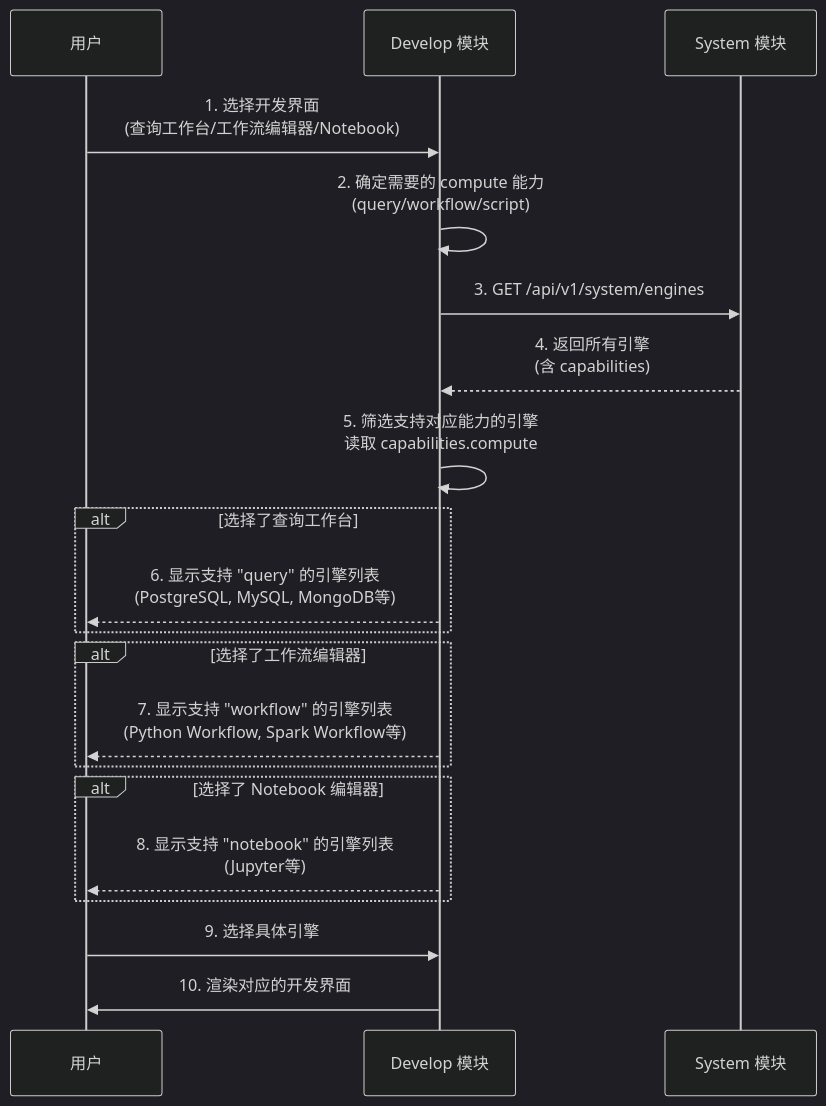
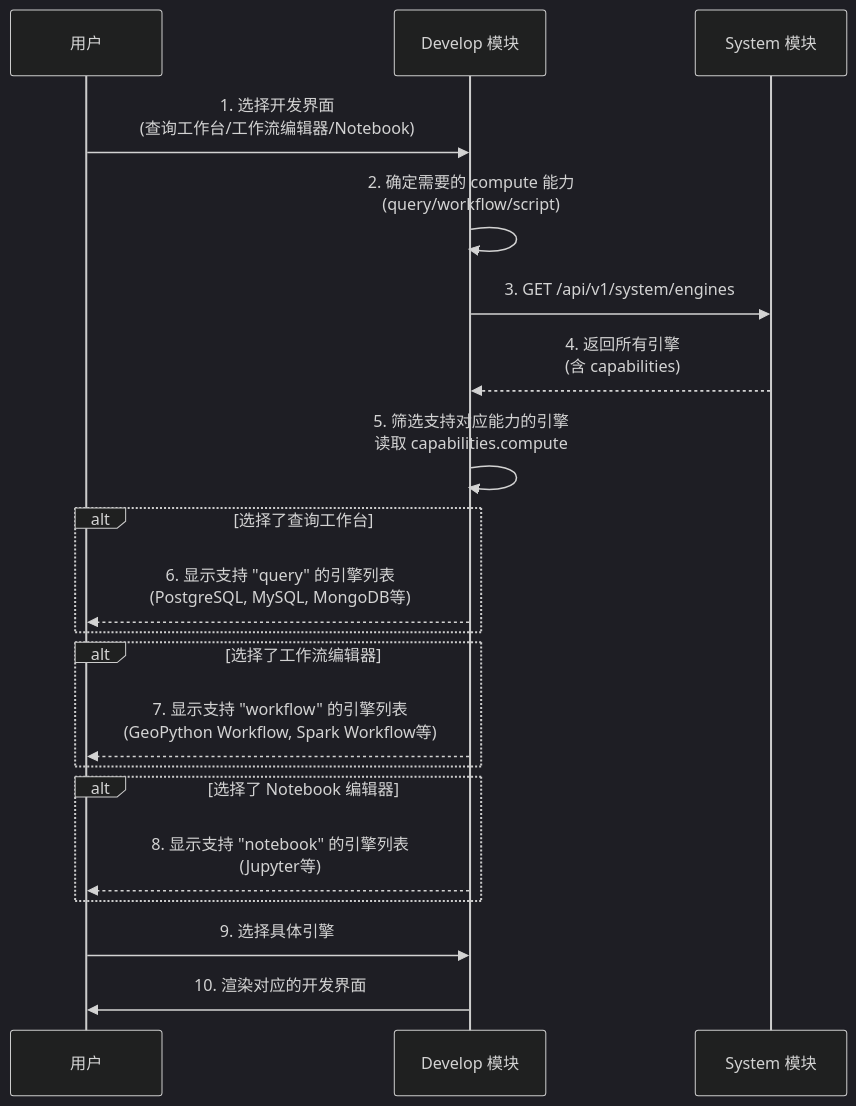
The fifth of 5 diagrams in docs/concepts/addp数据开发体系图.md (pampa0629/addp), drawn with Mermaid (dark theme) before and after one commit. The commit also changed other lines of this file and 175 other files, not shown here.

````diff
--- a/docs/concepts/addp数据开发体系图.md
+++ b/docs/concepts/addp数据开发体系图.md
@@ -284,27 +284,27 @@
 ```mermaid
 sequenceDiagram
     participant User as 用户
     participant Develop as Develop 模块
     participant System as System 模块
 
     User->>Develop: 1. 选择开发界面<br/>(查询工作台/工作流编辑器/Notebook)
     Develop->>Develop: 2. 确定需要的 compute 能力<br/>(query/workflow/script)
     Develop->>System: 3. GET /api/v1/system/engines
     System-->>Develop: 4. 返回所有引擎<br/>(含 capabilities)
     Develop->>Develop: 5. 筛选支持对应能力的引擎<br/>读取 capabilities.compute
 
     alt 选择了查询工作台
         Develop-->>User: 6. 显示支持 "query" 的引擎列表<br/>(PostgreSQL, MySQL, MongoDB等)
     end
 
     alt 选择了工作流编辑器
-        Develop-->>User: 7. 显示支持 "workflow" 的引擎列表<br/>(Python Workflow, Spark Workflow等)
+        Develop-->>User: 7. 显示支持 "workflow" 的引擎列表<br/>(GeoPython Workflow, Spark Workflow等)
     end
 
     alt 选择了 Notebook 编辑器
         Develop-->>User: 8. 显示支持 "notebook" 的引擎列表<br/>(Jupyter等)
     end
 
     User->>Develop: 9. 选择具体引擎
     Develop->>User: 10. 渲染对应的开发界面
 ```
````
